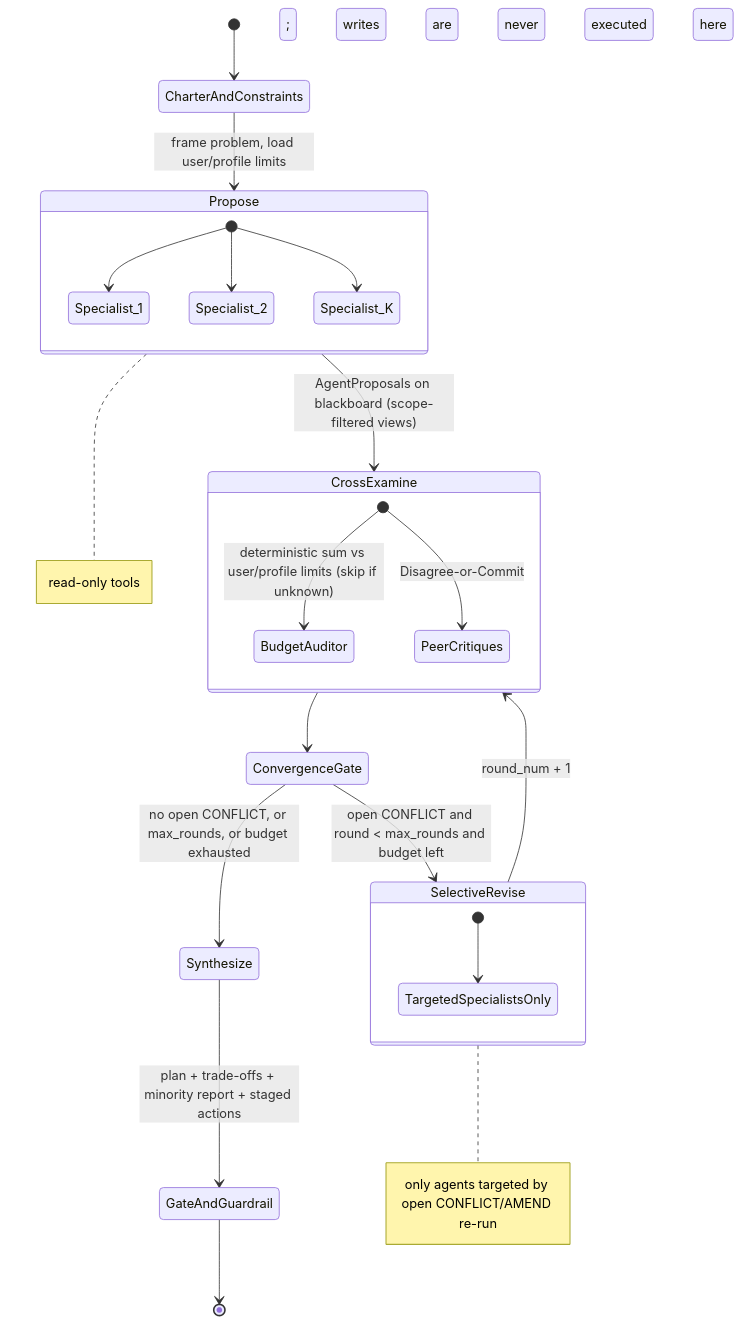
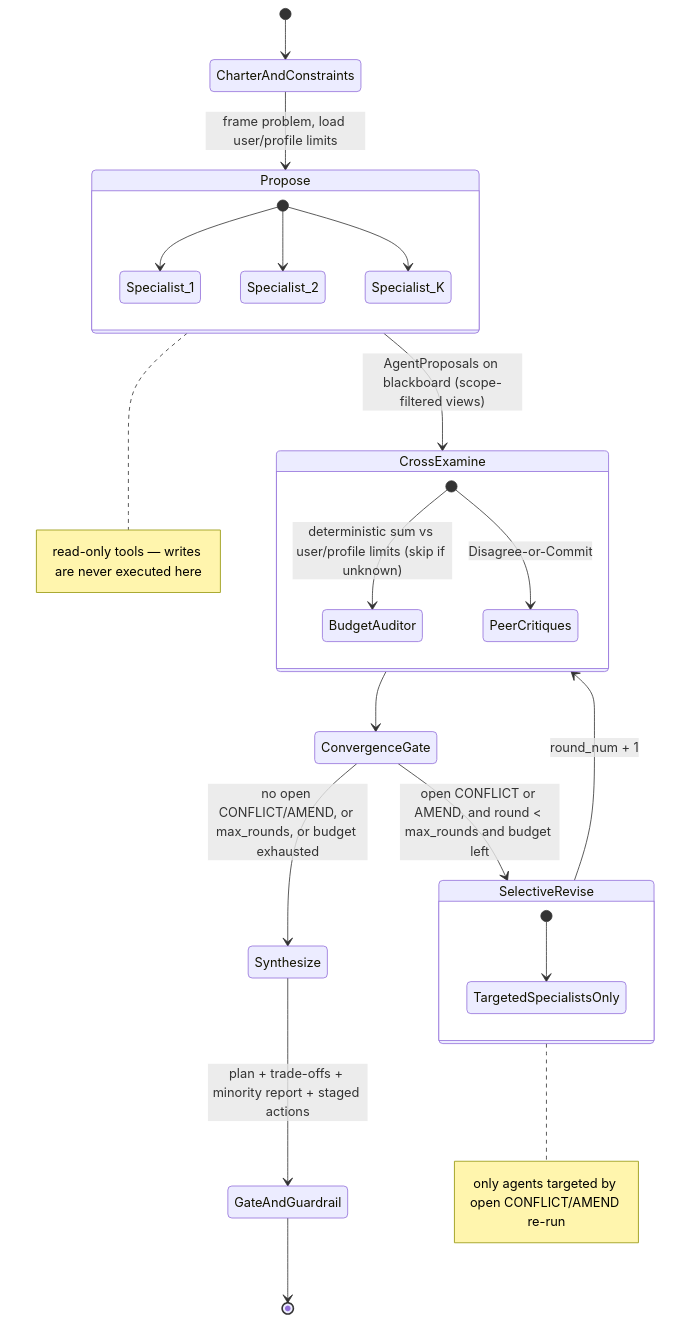
The first of 3 diagrams in docs/adr/0001-multi-agent-deliberation.md (yarvelle/yarvelle-core), drawn with Mermaid before and after one commit. The commit also changed other lines of this file, not shown here.

Commit message:
docs(adr): accept ADR 0001 and refine convergence, claim validation, and resume parity

````diff
--- a/docs/adr/0001-multi-agent-deliberation.md
+++ b/docs/adr/0001-multi-agent-deliberation.md
@@ -259,33 +265,33 @@
 ```mermaid
 stateDiagram-v2
     [*] --> CharterAndConstraints
     CharterAndConstraints --> Propose: frame problem, load user/profile limits
 
     state Propose {
         [*] --> Specialist_1
         [*] --> Specialist_2
         [*] --> Specialist_K
     }
-    note right of Propose: read-only tools; writes are never executed here
+    note right of Propose: read-only tools — writes are never executed here
 
     Propose --> CrossExamine: AgentProposals on blackboard (scope-filtered views)
 
     state CrossExamine {
         [*] --> BudgetAuditor: deterministic sum vs user/profile limits (skip if unknown)
         [*] --> PeerCritiques: Disagree-or-Commit
     }
 
     CrossExamine --> ConvergenceGate
     state ConvergenceGate <<choice>>
-    ConvergenceGate --> SelectiveRevise: open CONFLICT and round < max_rounds and budget left
-    ConvergenceGate --> Synthesize: no open CONFLICT, or max_rounds, or budget exhausted
+    ConvergenceGate --> SelectiveRevise: open CONFLICT or AMEND, and round < max_rounds and budget left
+    ConvergenceGate --> Synthesize: no open CONFLICT/AMEND, or max_rounds, or budget exhausted
 
     state SelectiveRevise {
         [*] --> TargetedSpecialistsOnly
     }
     note right of SelectiveRevise: only agents targeted by open CONFLICT/AMEND re-run
 
     SelectiveRevise --> CrossExamine: round_num + 1
     Synthesize --> GateAndGuardrail: plan + trade-offs + minority report + staged actions
     GateAndGuardrail --> [*]
 ```
````
